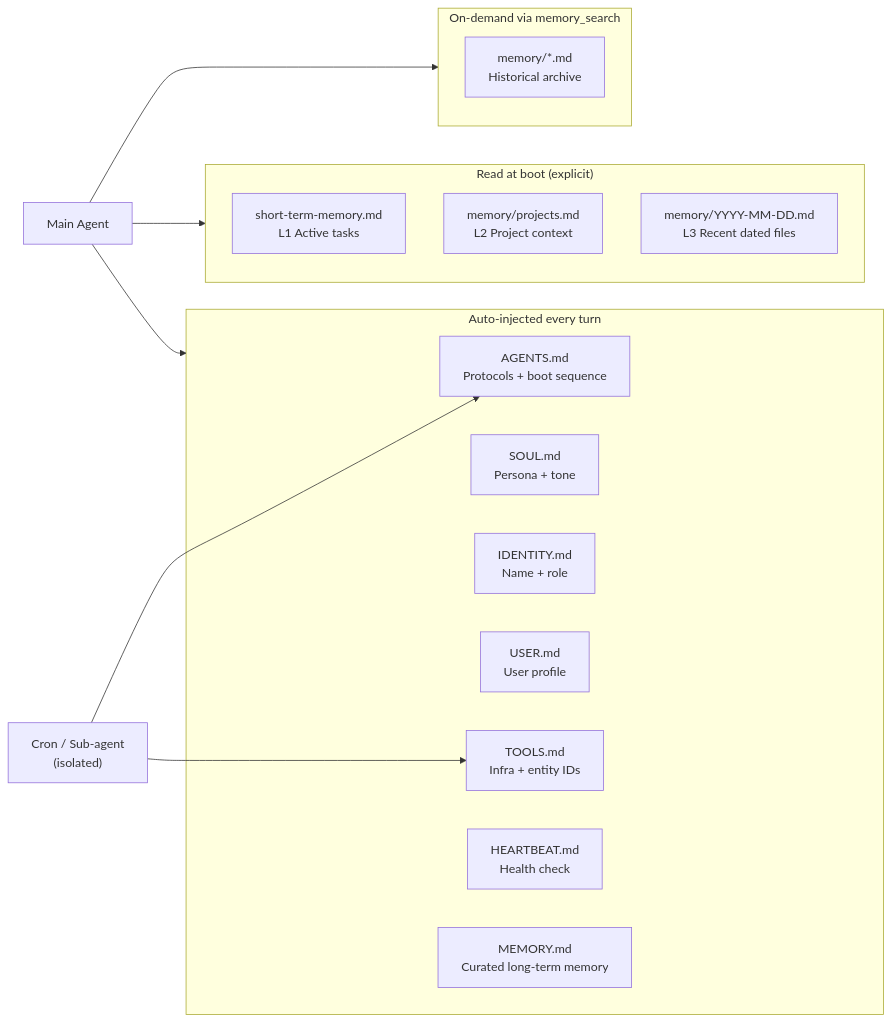
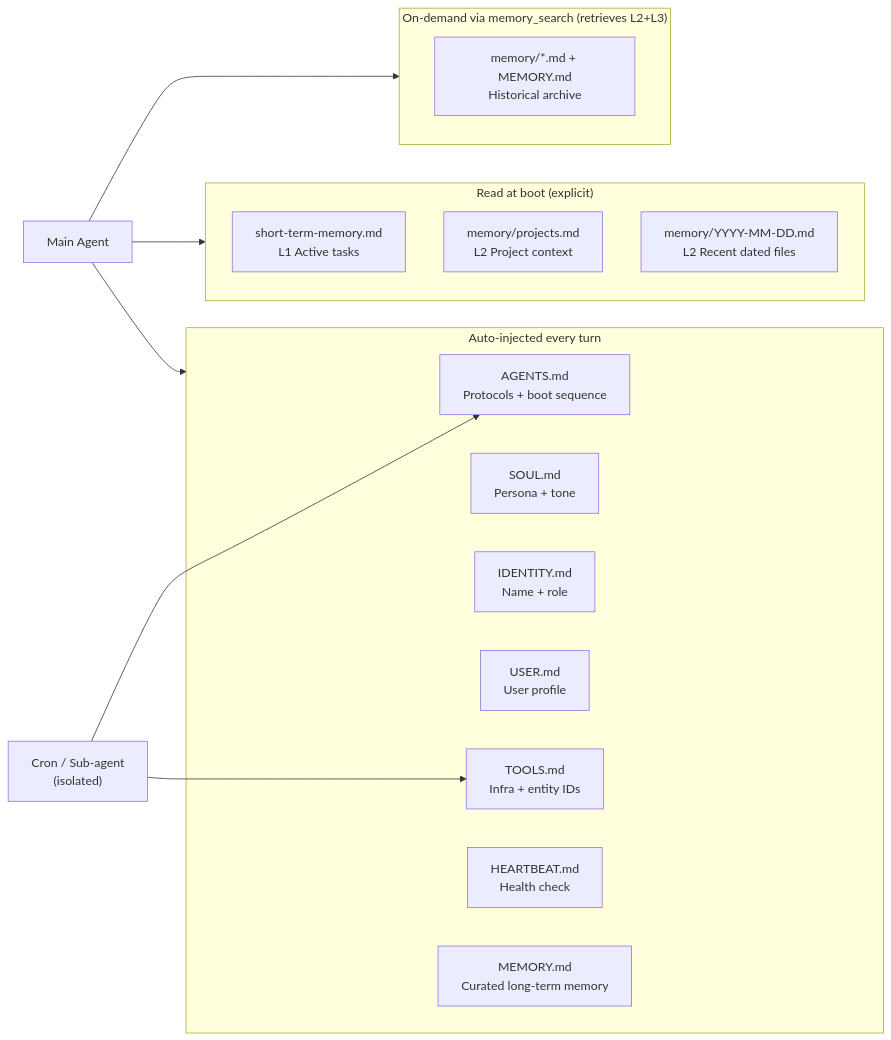
The first of 4 diagrams in others/openclaw/openclaw-anthropic-guide.md (johanesalxd/random-stuff), drawn with Mermaid before and after one commit. The commit also changed other lines of this file, not shown here.

````diff
--- a/others/openclaw/openclaw-anthropic-guide.md
+++ b/others/openclaw/openclaw-anthropic-guide.md
@@ -81,29 +116,29 @@
 ```mermaid
 graph LR
     subgraph Auto["Auto-injected every turn"]
         AGENTS["AGENTS.md\nProtocols + boot sequence"]
         SOUL["SOUL.md\nPersona + tone"]
         IDENTITY["IDENTITY.md\nName + role"]
         USER["USER.md\nUser profile"]
         TOOLS["TOOLS.md\nInfra + entity IDs"]
         HEARTBEAT["HEARTBEAT.md\nHealth check"]
         MEMORY["MEMORY.md\nCurated long-term memory"]
     end
 
     subgraph Boot["Read at boot (explicit)"]
         STM["short-term-memory.md\nL1 Active tasks"]
         PROJ["memory/projects.md\nL2 Project context"]
-        DATED["memory/YYYY-MM-DD.md\nL3 Recent dated files"]
+        DATED["memory/YYYY-MM-DD.md\nL2 Recent dated files"]
     end
 
-    subgraph OnDemand["On-demand via memory_search"]
-        SEARCH["memory/*.md\nHistorical archive"]
+    subgraph OnDemand["On-demand via memory_search (retrieves L2+L3)"]
+        SEARCH["memory/*.md + MEMORY.md\nHistorical archive"]
     end
 
     Main["Main Agent"] --> Auto
     Main --> Boot
     Main --> OnDemand
 
     Cron["Cron / Sub-agent\n(isolated)"] --> AGENTS
     Cron --> TOOLS
 ```
````
